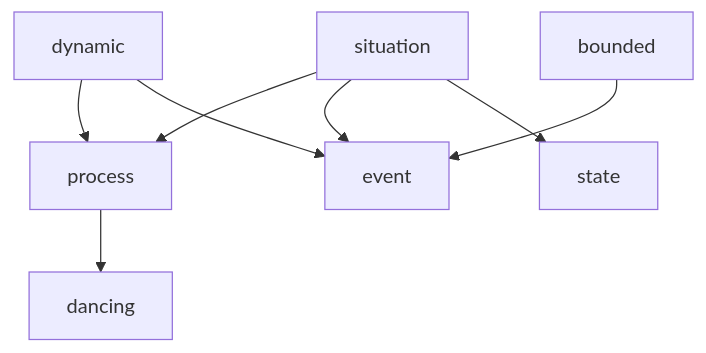
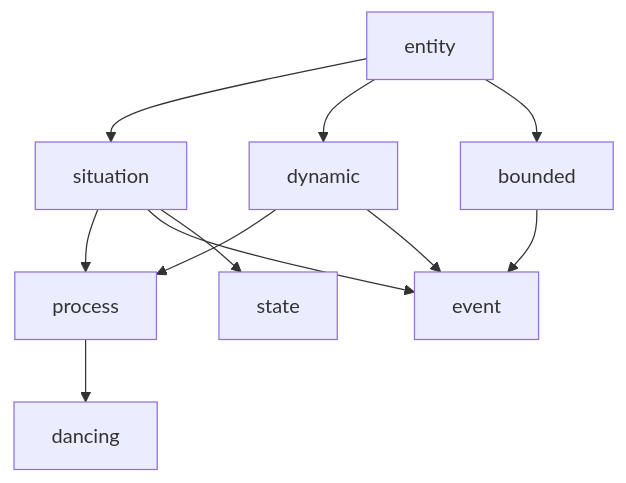
One commit to maglocvnus/verbs changed the first of 6 diagrams in Comrie1985.md. Above: the diagram before and after it, drawn with Mermaid. The commit also changed other lines of this file, not shown here.

````diff
--- a/Comrie1985.md
+++ b/Comrie1985.md
@@ -50,10 +52,13 @@
 ```mermaid
 graph TD
+  entity --> situation
+  entity --> dynamic
+  entity --> bounded
   situation --> process
   dynamic --> process
   situation --> event
   dynamic --> event
   bounded --> event
   situation --> state
   process --> dancing
 ```
````
